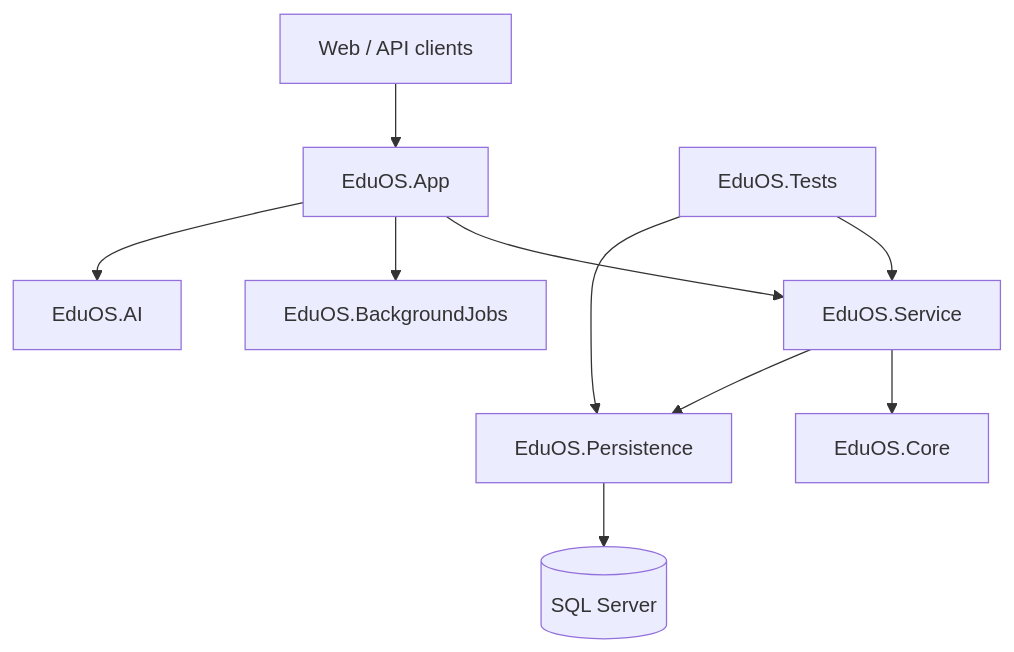
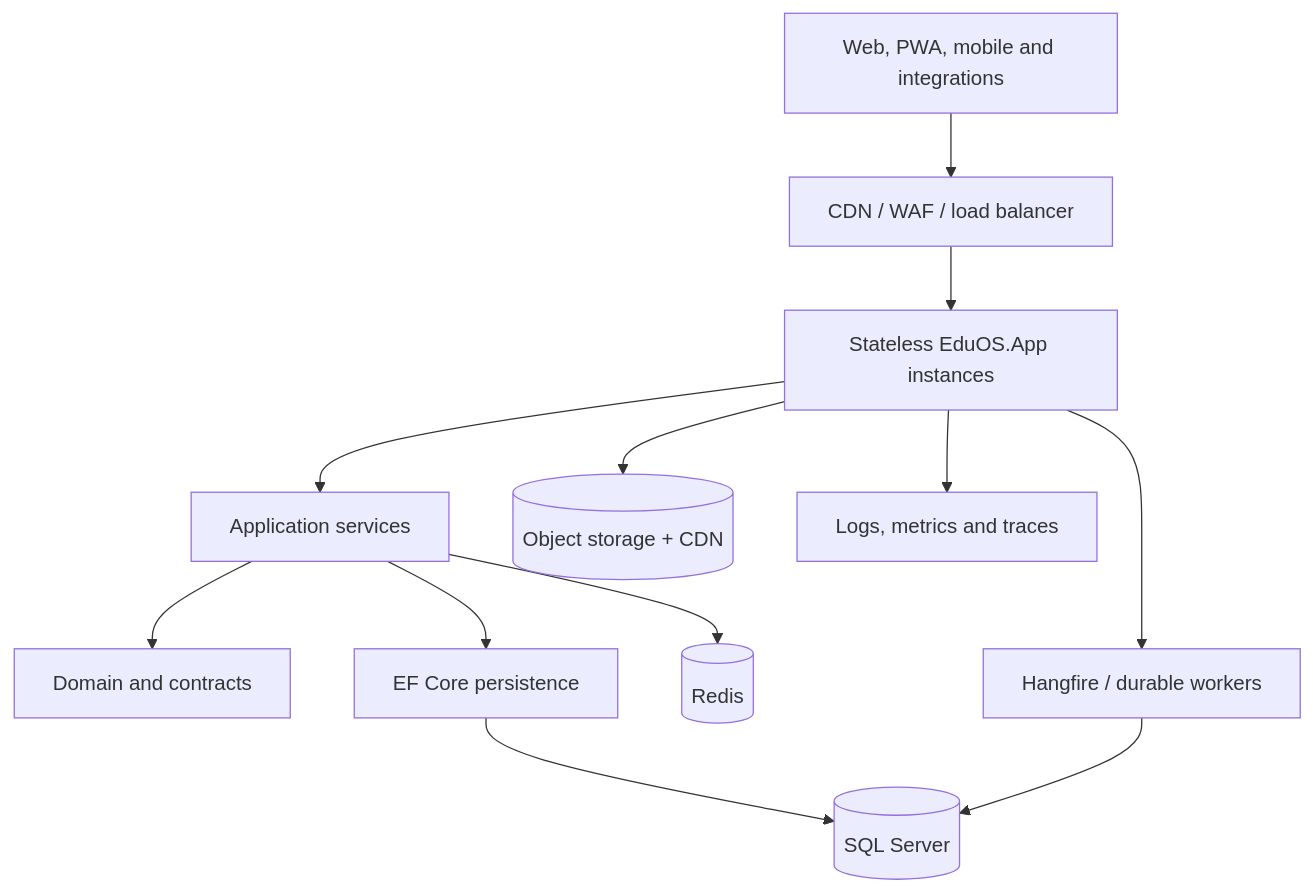
Before and after one commit to cseashrafulislam/EduOS: the fourth of 4 diagrams in README.md, drawn with Mermaid. The commit also changed other lines of this file, not shown here.

````diff
--- a/README.md
+++ b/README.md
@@ -41,12 +616,14 @@
-```mermaid
+~~~mermaid
 flowchart TD
-    Client["Web / API clients"] --> App["EduOS.App"]
-    App --> Service["EduOS.Service"]
-    Service --> Core["EduOS.Core"]
-    Service --> Persistence["EduOS.Persistence"]
-    Persistence --> Database[("SQL Server")]
-    App --> Jobs["EduOS.BackgroundJobs"]
-    App --> AI["EduOS.AI"]
-    Tests["EduOS.Tests"] --> Service
-    Tests --> Persistence
-```
+    Clients["Web, PWA, mobile and integrations"] --> Edge["CDN / WAF / load balancer"]
+    Edge --> App["Stateless EduOS.App instances"]
+    App --> Service["Application services"]
+    Service --> Core["Domain and contracts"]
+    Service --> Persistence["EF Core persistence"]
+    Persistence --> Sql[("SQL Server")]
+    Service --> Cache[("Redis")]
+    App --> Jobs["Hangfire / durable workers"]
+    Jobs --> Sql
+    App --> Files[("Object storage + CDN")]
+    App --> Observe["Logs, metrics and traces"]
+~~~
````
